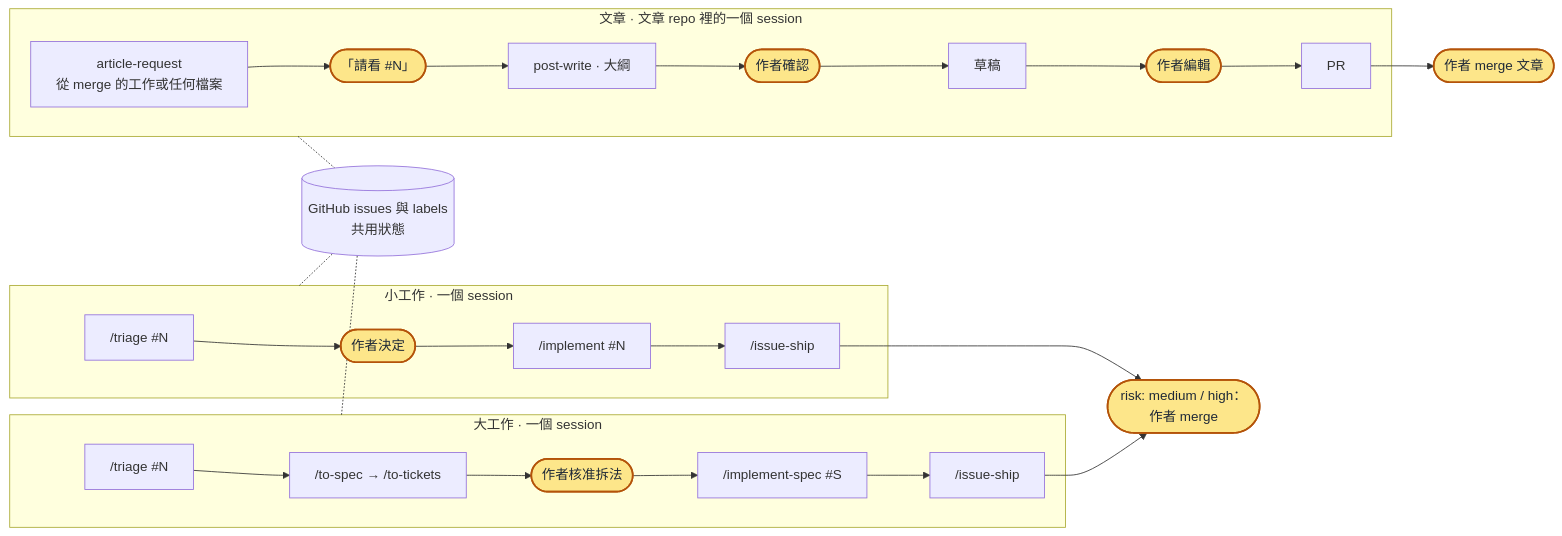
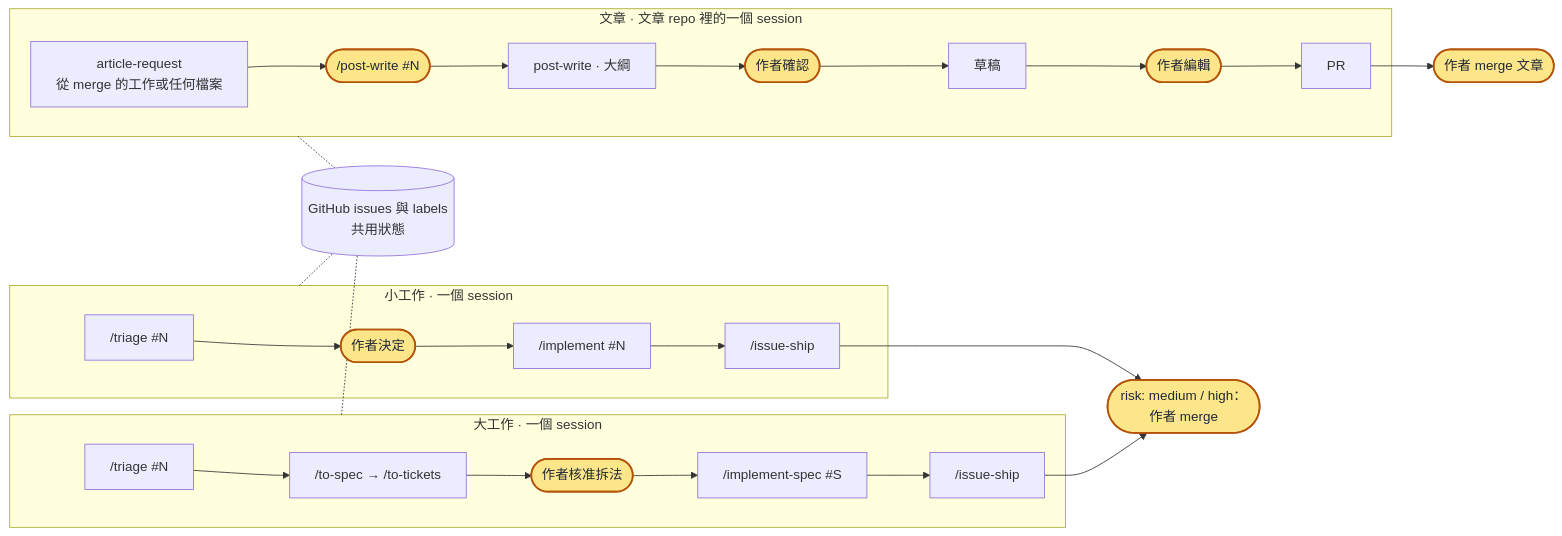
The second of 2 diagrams in README.zh-TW.md (sean2249/skills), drawn with Mermaid before and after one commit. The commit also changed other lines of this file and 20 other files, not shown here.

````diff
--- a/README.zh-TW.md
+++ b/README.zh-TW.md
@@ -180,21 +180,21 @@
 ```mermaid
 flowchart LR
   subgraph SMALL["小工作 · 一個 session"]
     S1["/triage #N"] --> S2(["作者決定"]):::author --> S3["/implement #N"] --> S4["/issue-ship"]
   end
   subgraph BIG["大工作 · 一個 session"]
     B1["/triage #N"] --> B2["/to-spec → /to-tickets"] --> B3(["作者核准拆法"]):::author --> B4["/implement-spec #S"] --> B5["/issue-ship"]
   end
   subgraph POST["文章 · 文章 repo 裡的一個 session"]
-    P0["article-request<br/>從 merge 的工作或任何檔案"] --> P1(["「請看 #N」"]):::author --> P2["post-write · 大綱"] --> P3(["作者確認"]):::author --> P4["草稿"] --> P5(["作者編輯"]):::author --> P6["PR"]
+    P0["article-request<br/>從 merge 的工作或任何檔案"] --> P1(["/post-write #N"]):::author --> P2["post-write · 大綱"] --> P3(["作者確認"]):::author --> P4["草稿"] --> P5(["作者編輯"]):::author --> P6["PR"]
   end
   BOARD[("GitHub issues 與 labels<br/>共用狀態")]
   S4 --> M(["risk: medium / high：<br/>作者 merge"]):::author
   B5 --> M
   P6 --> MP(["作者 merge 文章"]):::author
   SMALL -.- BOARD
   BIG -.- BOARD
   POST -.- BOARD
 
   classDef author fill:#fde68a,stroke:#b45309,color:#1f2937,stroke-width:2px
 ```
````
